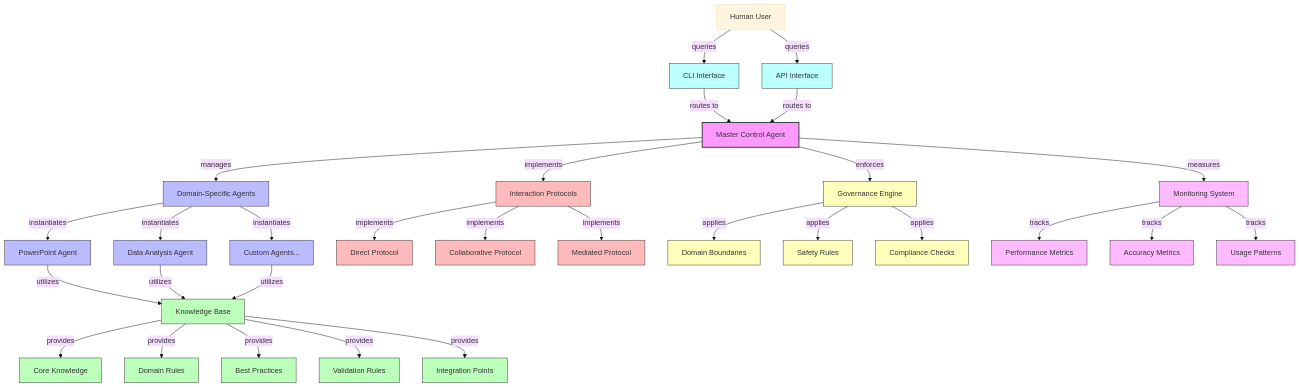
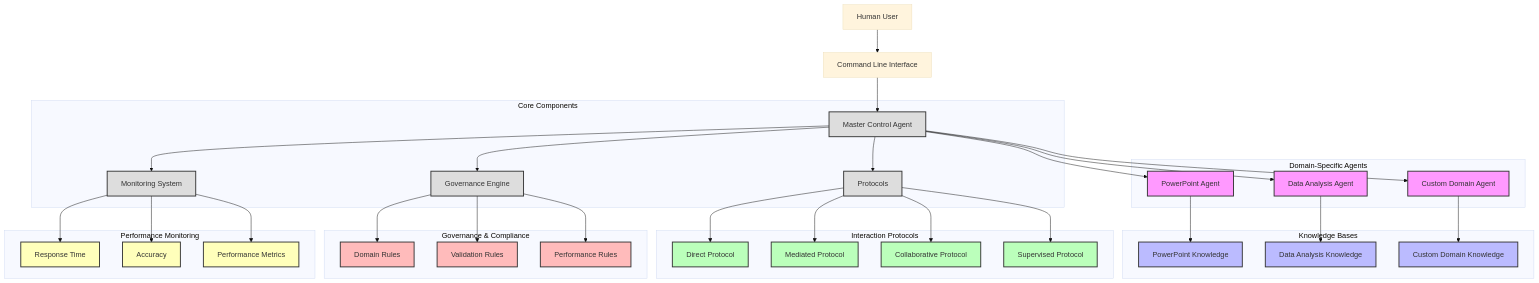
The diagram in README.md (PWereh/elementum-dsa-project), drawn with Mermaid (base theme) before and after one commit. The commit also changed other lines of this file, not shown here.

Commit message:
Update README with new Mermaid architecture diagram

````diff
--- a/README.md
+++ b/README.md
@@ -7,65 +7,76 @@
 ```mermaid
 graph TD
-    %% Core Components
-    MCA[Master Control Agent] --> |manages| DSA[Domain-Specific Agents]
-    MCA --> |enforces| GOV[Governance Engine]
-    MCA --> |measures| MON[Monitoring System]
-    MCA --> |implements| PROT[Interaction Protocols]
-    
-    %% Agent Structure
-    DSA --> |instantiates| POWER[PowerPoint Agent]
-    DSA --> |instantiates| DATA[Data Analysis Agent]
-    DSA --> |instantiates| CUSTOM[Custom Agents...]
-    
-    %% Knowledge Base
-    KB[Knowledge Base] --> |provides| CORE[Core Knowledge]
-    KB --> |provides| RULES[Domain Rules]
-    KB --> |provides| BP[Best Practices]
-    KB --> |provides| VAL[Validation Rules]
-    KB --> |provides| INT[Integration Points]
-    
-    %% Agent Connection to Knowledge
-    POWER --> |utilizes| KB
-    DATA --> |utilizes| KB
-    CUSTOM --> |utilizes| KB
-    
-    %% Protocols
-    PROT --> |implements| DIR[Direct Protocol]
-    PROT --> |implements| COL[Collaborative Protocol]
-    PROT --> |implements| MED[Mediated Protocol]
-    
-    %% User Interaction
-    USER[Human User] --> |queries| CLI[CLI Interface]
-    USER --> |queries| API[API Interface]
-    
-    %% Interface to MCA
-    CLI --> |routes to| MCA
-    API --> |routes to| MCA
-    
-    %% Governance Components
-    GOV --> |applies| BOUND[Domain Boundaries]
-    GOV --> |applies| SAFE[Safety Rules]
-    GOV --> |applies| COMP[Compliance Checks]
-    
-    %% Monitoring Components
-    MON --> |tracks| PERF[Performance Metrics]
-    MON --> |tracks| ACC[Accuracy Metrics]
-    MON --> |tracks| USAGE[Usage Patterns]
-    
-    %% Styling
-    classDef core fill:#f9f,stroke:#333,stroke-width:2px
-    classDef agent fill:#bbf,stroke:#333,stroke-width:1px
-    classDef knowledge fill:#bfb,stroke:#333,stroke-width:1px
-    classDef protocol fill:#fbb,stroke:#333,stroke-width:1px
-    classDef interface fill:#bff,stroke:#333,stroke-width:1px
-    classDef governance fill:#ffb,stroke:#333,stroke-width:1px
-    classDef monitoring fill:#fbf,stroke:#333,stroke-width:1px
-    
-    class MCA core
-    class DSA,POWER,DATA,CUSTOM agent
-    class KB,CORE,RULES,BP,VAL,INT knowledge
-    class PROT,DIR,COL,MED protocol
-    class CLI,API interface
-    class GOV,BOUND,SAFE,COMP governance
-    class MON,PERF,ACC,USAGE monitoring
+    classDef agent fill:#f9f,stroke:#333,stroke-width:2px
+    classDef knowledge fill:#bbf,stroke:#333,stroke-width:2px
+    classDef protocol fill:#bfb,stroke:#333,stroke-width:2px
+    classDef governance fill:#fbb,stroke:#333,stroke-width:2px
+    classDef monitoring fill:#ffb,stroke:#333,stroke-width:2px
+    classDef core fill:#ddd,stroke:#333,stroke-width:2px
+
+    subgraph Core["Core Components"]
+        MCA["Master Control Agent"]
+        GE["Governance Engine"]
+        MS["Monitoring System"]
+        P["Protocols"]
+    end
+
+    subgraph Agents["Domain-Specific Agents"]
+        DSA1["PowerPoint Agent"]
+        DSA2["Data Analysis Agent"]
+        DSAn["Custom Domain Agent"]
+    end
+
+    subgraph Knowledge["Knowledge Bases"]
+        KB1["PowerPoint Knowledge"]
+        KB2["Data Analysis Knowledge"]
+        KBn["Custom Domain Knowledge"]
+    end
+
+    subgraph Protocols["Interaction Protocols"]
+        DP["Direct Protocol"]
+        MP["Mediated Protocol"]
+        CP["Collaborative Protocol"]
+        SP["Supervised Protocol"]
+    end
+
+    subgraph Governance["Governance & Compliance"]
+        DR["Domain Rules"]
+        VR["Validation Rules"]
+        PR["Performance Rules"]
+    end
+
+    subgraph Monitoring["Performance Monitoring"]
+        RT["Response Time"]
+        A["Accuracy"]
+        PM["Performance Metrics"]
+    end
+
+    Human["Human User"] --> CLI
+    CLI["Command Line Interface"] --> MCA
+    MCA --> DSA1
+    MCA --> DSA2
+    MCA --> DSAn
+    DSA1 --> KB1
+    DSA2 --> KB2
+    DSAn --> KBn
+    P --> DP
+    P --> MP
+    P --> CP
+    P --> SP
+    GE --> DR
+    GE --> VR
+    GE --> PR
+    MS --> RT
+    MS --> A
+    MS --> PM
+    MCA --> GE
+    MCA --> MS
+    MCA --> P
+
+    class MCA,GE,MS,P core
+    class DSA1,DSA2,DSAn agent
+    class KB1,KB2,KBn knowledge
+    class DP,MP,CP,SP protocol
+    class DR,VR,PR governance
+    class RT,A,PM monitoring
 ```
````
